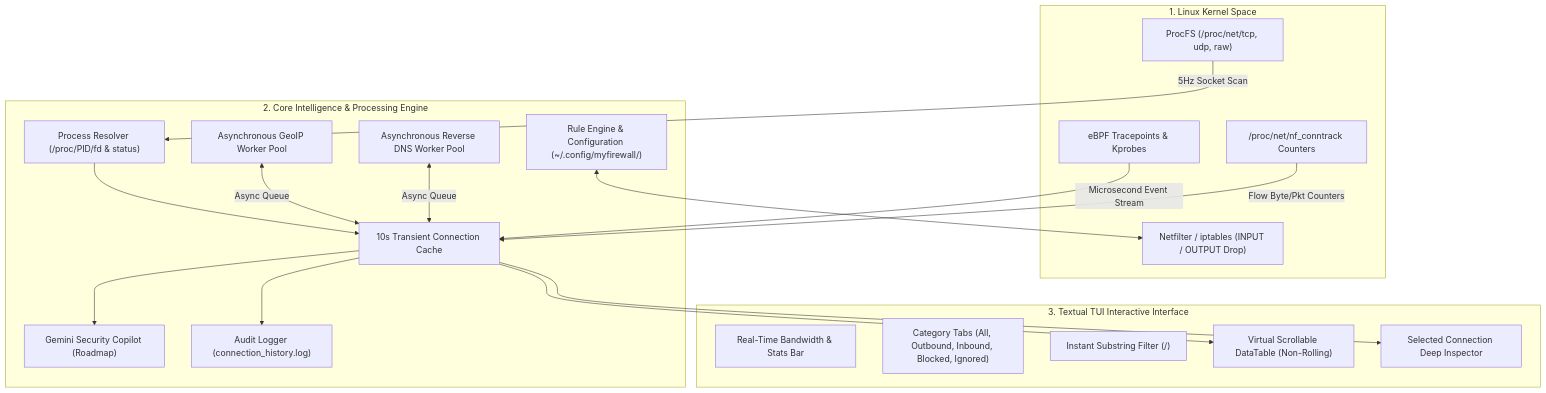
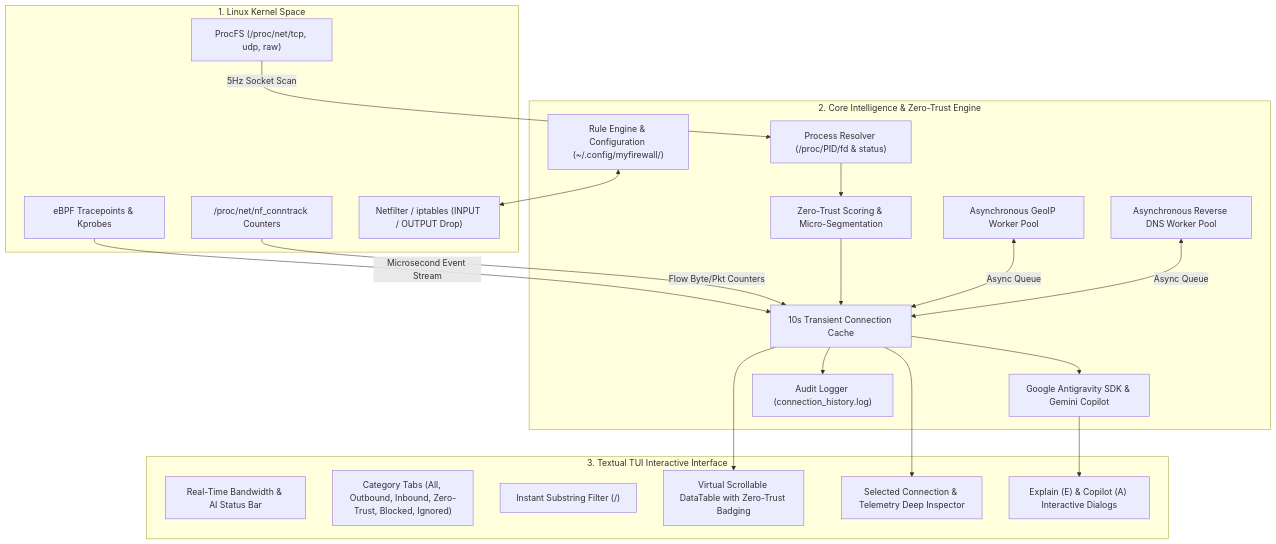
One commit to dparksports/myfirewall-ubuntu changed the diagram in DOCUMENTATION.md. Above: the diagram before and after it, drawn with Mermaid. The commit also changed other lines of this file and 8 other files, not shown here.

Commit message:
feat: integrate Zero-Trust security monitor and Google Antigravity AI copilot

````diff
--- a/DOCUMENTATION.md
+++ b/DOCUMENTATION.md
@@ -26,39 +27,43 @@
 ```mermaid
 flowchart TD
     subgraph KernelSpace["1. Linux Kernel Space"]
         ProcFS["ProcFS (/proc/net/tcp, udp, raw)"]
         EBPF["eBPF Tracepoints & Kprobes"]
         Conntrack["/proc/net/nf_conntrack Counters"]
         Netfilter["Netfilter / iptables (INPUT / OUTPUT Drop)"]
     end
 
-    subgraph CoreEngine["2. Core Intelligence & Processing Engine"]
+    subgraph CoreEngine["2. Core Intelligence & Zero-Trust Engine"]
         ProcResolver["Process Resolver (/proc/PID/fd & status)"]
+        ZeroTrustEngine["Zero-Trust Scoring & Micro-Segmentation"]
         GeoWorker["Asynchronous GeoIP Worker Pool"]
         RdnsWorker["Asynchronous Reverse DNS Worker Pool"]
         TransientCache["10s Transient Connection Cache"]
         RulesManager["Rule Engine & Configuration (~/.config/myfirewall/)"]
-        GeminiAgent["Gemini Security Copilot (Roadmap)"]
+        AntigravityAI["Google Antigravity SDK & Gemini Copilot"]
         HistoryLogger["Audit Logger (connection_history.log)"]
     end
 
     subgraph TextualTUI["3. Textual TUI Interactive Interface"]
-        HeaderStats["Real-Time Bandwidth & Stats Bar"]
-        CategoryTabs["Category Tabs (All, Outbound, Inbound, Blocked, Ignored)"]
+        HeaderStats["Real-Time Bandwidth & AI Status Bar"]
+        CategoryTabs["Category Tabs (All, Outbound, Inbound, Zero-Trust, Blocked, Ignored)"]
         FilterBar["Instant Substring Filter (/)"]
-        DataTable["Virtual Scrollable DataTable (Non-Rolling)"]
-        Inspector["Selected Connection Deep Inspector"]
+        DataTable["Virtual Scrollable DataTable with Zero-Trust Badging"]
+        Inspector["Selected Connection & Telemetry Deep Inspector"]
+        AIModals["Explain (E) & Copilot (A) Interactive Dialogs"]
     end
 
     ProcFS -->|5Hz Socket Scan| ProcResolver
     EBPF -->|Microsecond Event Stream| TransientCache
     Conntrack -->|Flow Byte/Pkt Counters| TransientCache
-    ProcResolver --> TransientCache
+    ProcResolver --> ZeroTrustEngine
+    ZeroTrustEngine --> TransientCache
     GeoWorker <-->|Async Queue| TransientCache
     RdnsWorker <-->|Async Queue| TransientCache
     TransientCache --> DataTable
     TransientCache --> Inspector
+    TransientCache --> AntigravityAI
+    AntigravityAI --> AIModals
     RulesManager <--> Netfilter
-    TransientCache --> GeminiAgent
     TransientCache --> HistoryLogger
 ```
````
